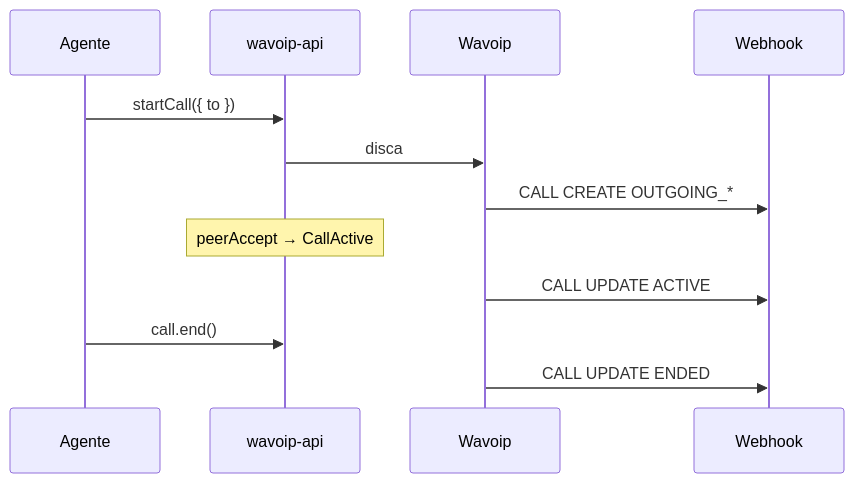
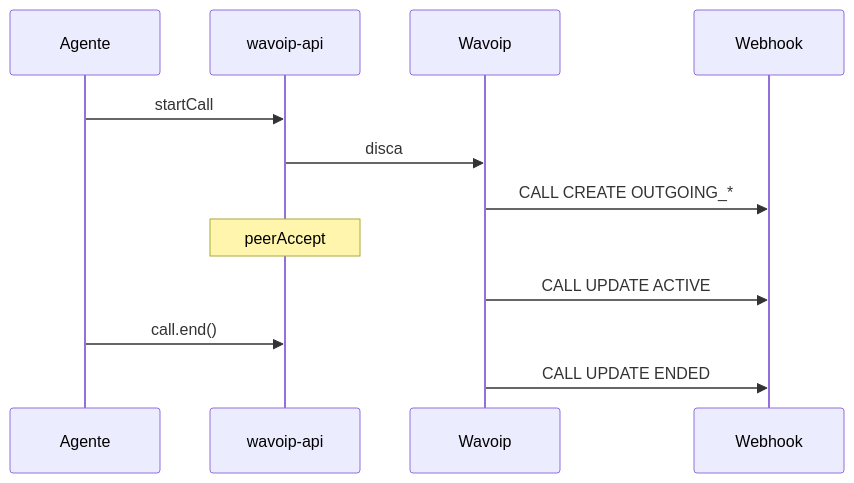
Before and after one commit to cesar-carlos/chatwoot: the third of 3 diagrams in doc/feature/whatsapp-voice/wavoip-provider/architecture.md, drawn with Mermaid. The commit also changed other lines of this file and 50 other files, not shown here.

````diff
--- a/doc/feature/whatsapp-voice/wavoip-provider/architecture.md
+++ b/doc/feature/whatsapp-voice/wavoip-provider/architecture.md
@@ -360,15 +326,15 @@
 ```mermaid
 sequenceDiagram
   participant A as Agente
   participant SDK as wavoip-api
   participant W as Wavoip
   participant WH as Webhook
 
-  A->>SDK: startCall({ to })
+  A->>SDK: startCall
   SDK->>W: disca
   W->>WH: CALL CREATE OUTGOING_*
-  Note over SDK: peerAccept → CallActive
+  Note over SDK: peerAccept
   W->>WH: CALL UPDATE ACTIVE
   A->>SDK: call.end()
   W->>WH: CALL UPDATE ENDED
 ```
````
